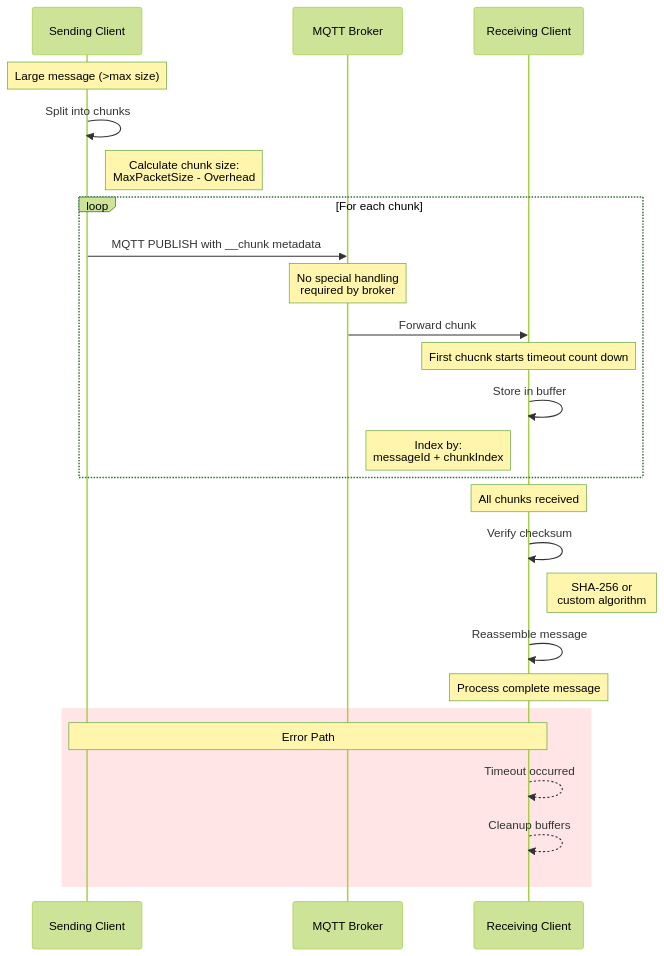
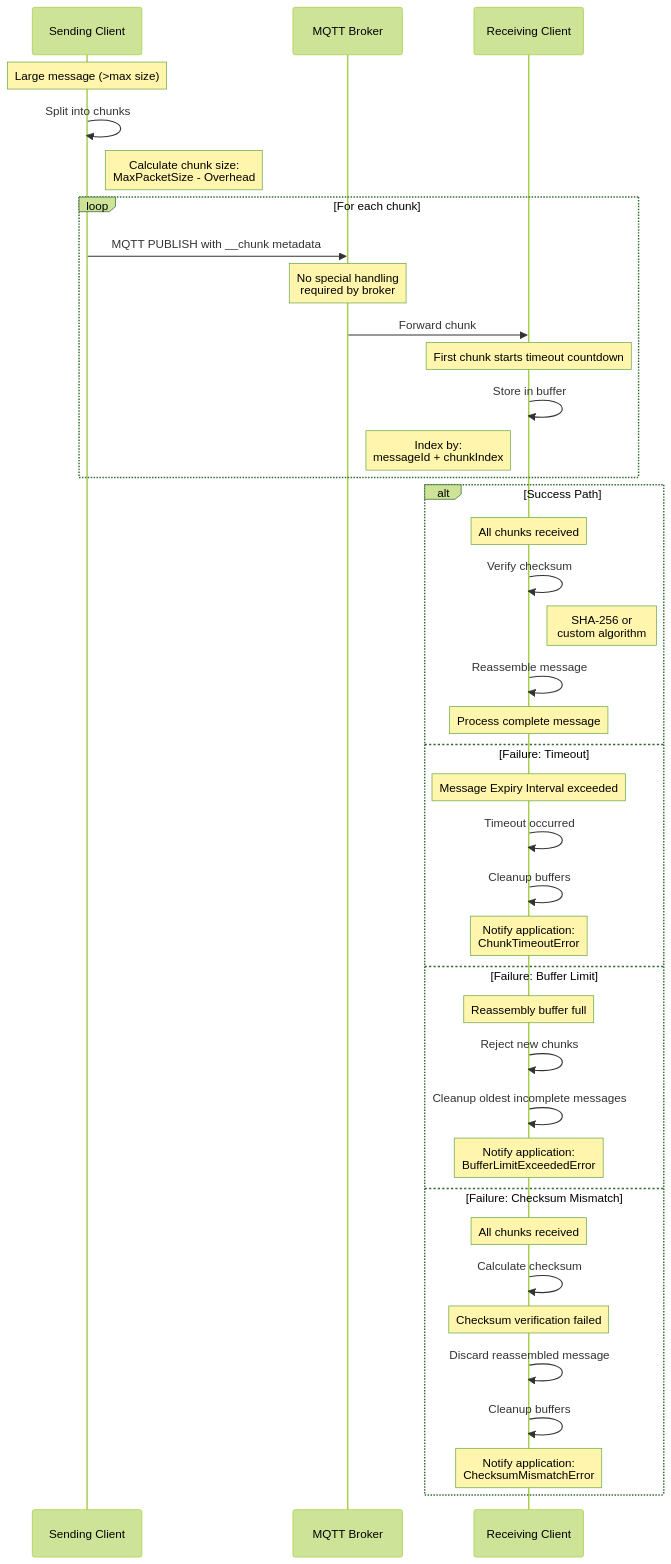
The diagram in doc/dev/adr/0020-large-message-chunking.md (Azure/iot-operations-sdks), drawn with Mermaid (forest theme) before and after one commit. The commit also changed other lines of this file, not shown here.

Commit message:
Enhance large message chunking documentation with failure handling and configuration settings

````diff
--- a/doc/dev/adr/0020-large-message-chunking.md
+++ b/doc/dev/adr/0020-large-message-chunking.md
@@ -87,31 +96,44 @@
 ```mermaid
 sequenceDiagram
     participant Sender as Sending Client
     participant Broker as MQTT Broker
     participant Receiver as Receiving Client
 
     Note over Sender: Large message (>max size)
     Sender->>Sender: Split into chunks
     Note right of Sender: Calculate chunk size:<br/>MaxPacketSize - Overhead
 
     loop For each chunk
         Sender->>Broker: MQTT PUBLISH with __chunk metadata
         Note over Broker: No special handling<br/>required by broker
         Broker->>Receiver: Forward chunk
-        Note over Receiver: First chucnk starts timeout count down
+        Note over Receiver: First chunk starts timeout countdown
         Receiver->>Receiver: Store in buffer
         Note left of Receiver: Index by:<br/>messageId + chunkIndex
     end
 
-    Note over Receiver: All chunks received
-    Receiver->>Receiver: Verify checksum
-    Note right of Receiver: SHA-256 or<br/>custom algorithm
-    Receiver->>Receiver: Reassemble message
-    Note over Receiver: Process complete message
-
-    rect rgba(255, 0, 0, 0.1)
-        Note over Sender,Receiver: Error Path
-        Receiver-->>Receiver: Timeout occurred
-        Receiver-->>Receiver: Cleanup buffers
+    alt Success Path
+        Note over Receiver: All chunks received
+        Receiver->>Receiver: Verify checksum
+        Note right of Receiver: SHA-256 or<br/>custom algorithm
+        Receiver->>Receiver: Reassemble message
+        Note over Receiver: Process complete message
+    else Failure: Timeout
+        Note over Receiver: Message Expiry Interval exceeded
+        Receiver->>Receiver: Timeout occurred
+        Receiver->>Receiver: Cleanup buffers
+        Note over Receiver: Notify application:<br/>ChunkTimeoutError
+    else Failure: Buffer Limit
+        Note over Receiver: Reassembly buffer full
+        Receiver->>Receiver: Reject new chunks
+        Receiver->>Receiver: Cleanup oldest incomplete messages
+        Note over Receiver: Notify application:<br/>BufferLimitExceededError
+    else Failure: Checksum Mismatch
+        Note over Receiver: All chunks received
+        Receiver->>Receiver: Calculate checksum
+        Note over Receiver: Checksum verification failed
+        Receiver->>Receiver: Discard reassembled message
+        Receiver->>Receiver: Cleanup buffers
+        Note over Receiver: Notify application:<br/>ChecksumMismatchError
     end
 ```
````
